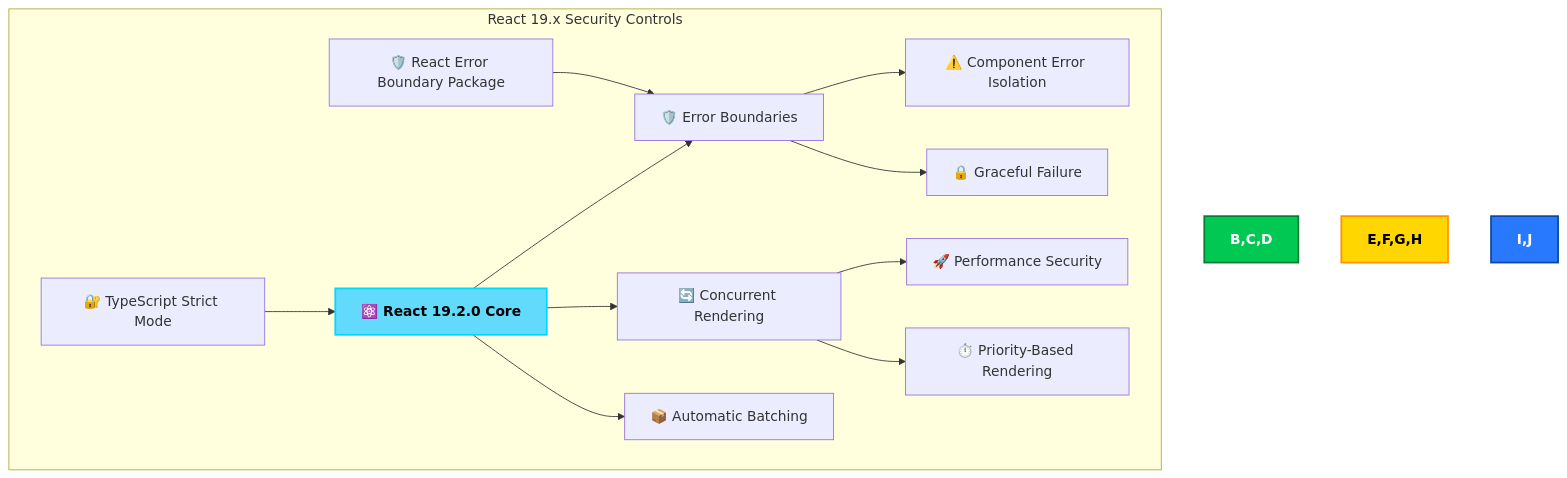
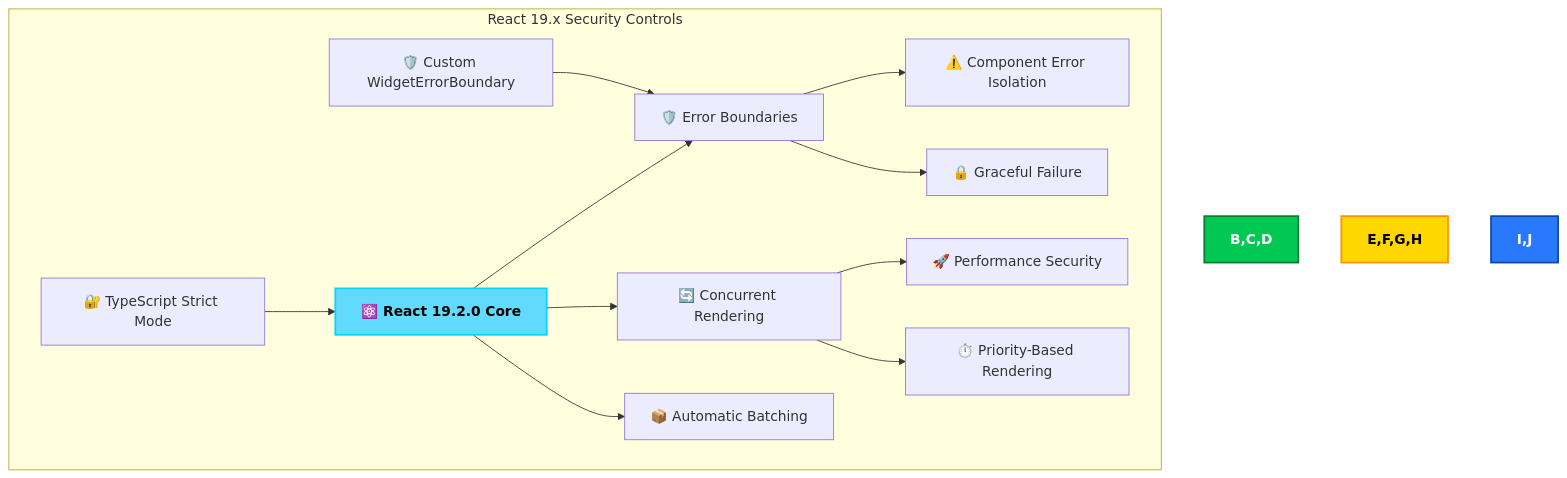
Before and after one commit to Hack23/cia-compliance-manager: diagram 19 of 29 in docs/architecture/SECURITY_ARCHITECTURE.md, drawn with Mermaid.

Commit message:
docs: Fix React 19.x diagram label to reflect custom WidgetErrorBoundary

````diff
--- a/docs/architecture/SECURITY_ARCHITECTURE.md
+++ b/docs/architecture/SECURITY_ARCHITECTURE.md
@@ -710,22 +710,22 @@
 ```mermaid
 flowchart TD
     subgraph "React 19.x Security Controls"
         A[⚛️ React 19.2.0 Core] --> B[🛡️ Error Boundaries]
         A --> C[🔄 Concurrent Rendering]
         A --> D[📦 Automatic Batching]
         
         B --> E[⚠️ Component Error Isolation]
         B --> F[🔒 Graceful Failure]
         
         C --> G[🚀 Performance Security]
         C --> H[⏱️ Priority-Based Rendering]
         
         I[🔐 TypeScript Strict Mode] --> A
-        J[🛡️ React Error Boundary Package] --> B
+        J[🛡️ Custom WidgetErrorBoundary] --> B
     end
 
     style A fill:#61DAFB,stroke:#00D8FF,stroke-width:2px,color:black,font-weight:bold
     style B,C,D fill:#00C853,stroke:#007E33,stroke-width:2px,color:white,font-weight:bold
     style E,F,G,H fill:#FFD600,stroke:#FF8F00,stroke-width:2px,color:black,font-weight:bold
     style I,J fill:#2979FF,stroke:#0D47A1,stroke-width:2px,color:white,font-weight:bold
 ```
````
